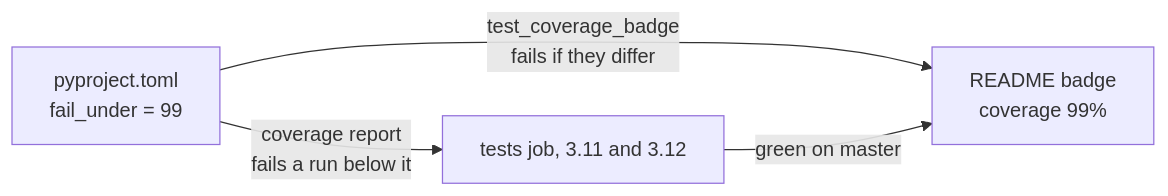
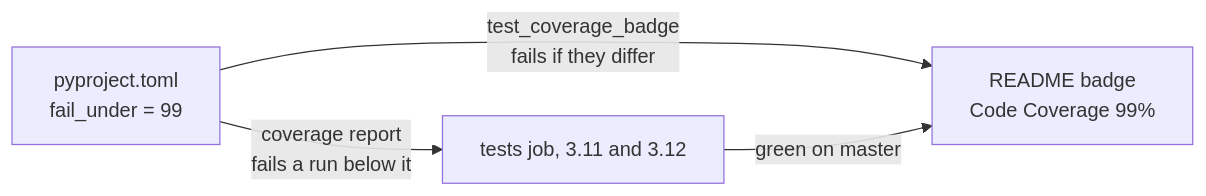
The diagram in docs/adr/0030-gate-the-test-coverage.md (Akinzou/TradeLockerBot), drawn with Mermaid before and after one commit. The commit also changed other lines of this file and 3 other files, not shown here.

First line of the commit message:
docs: label the coverage badge Code Coverage, docs badge leads the row below

````diff
--- a/docs/adr/0030-gate-the-test-coverage.md
+++ b/docs/adr/0030-gate-the-test-coverage.md
@@ -43,6 +43,6 @@
 ```mermaid
 flowchart LR
     PY["pyproject.toml<br/>fail_under = 99"] -- "coverage report<br/>fails a run below it" --> CI[tests job, 3.11 and 3.12]
-    PY -- "test_coverage_badge<br/>fails if they differ" --> B["README badge<br/>coverage 99%"]
+    PY -- "test_coverage_badge<br/>fails if they differ" --> B["README badge<br/>Code Coverage 99%"]
     CI -- "green on master" --> B
 ```
````
